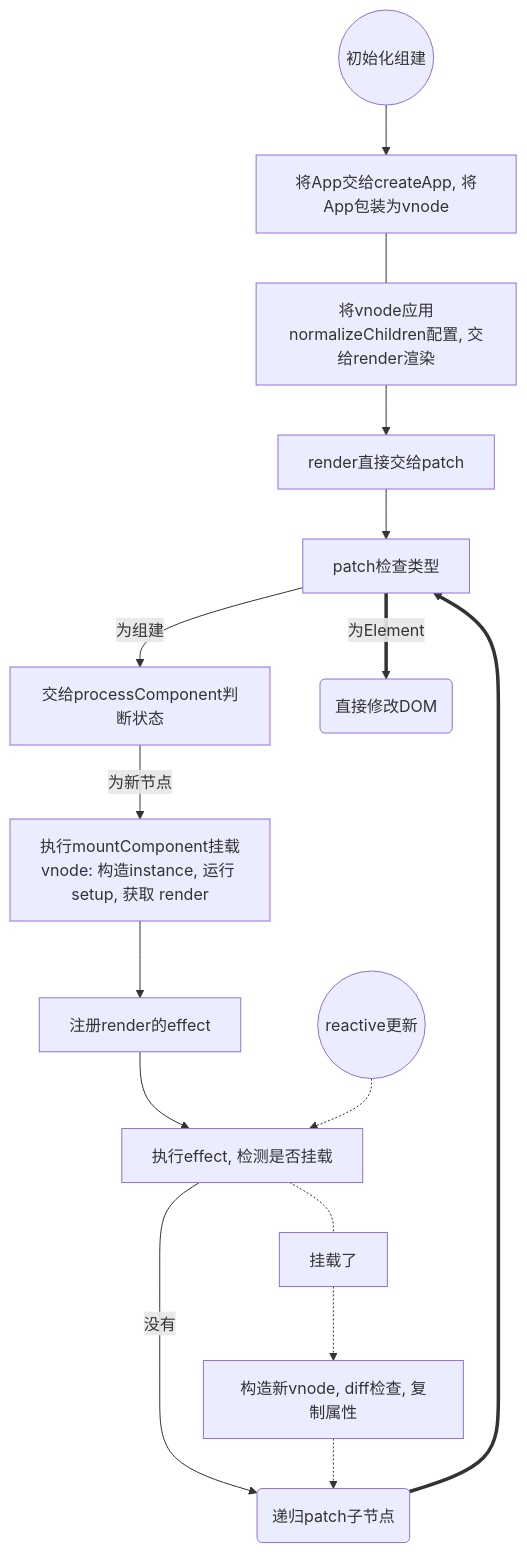
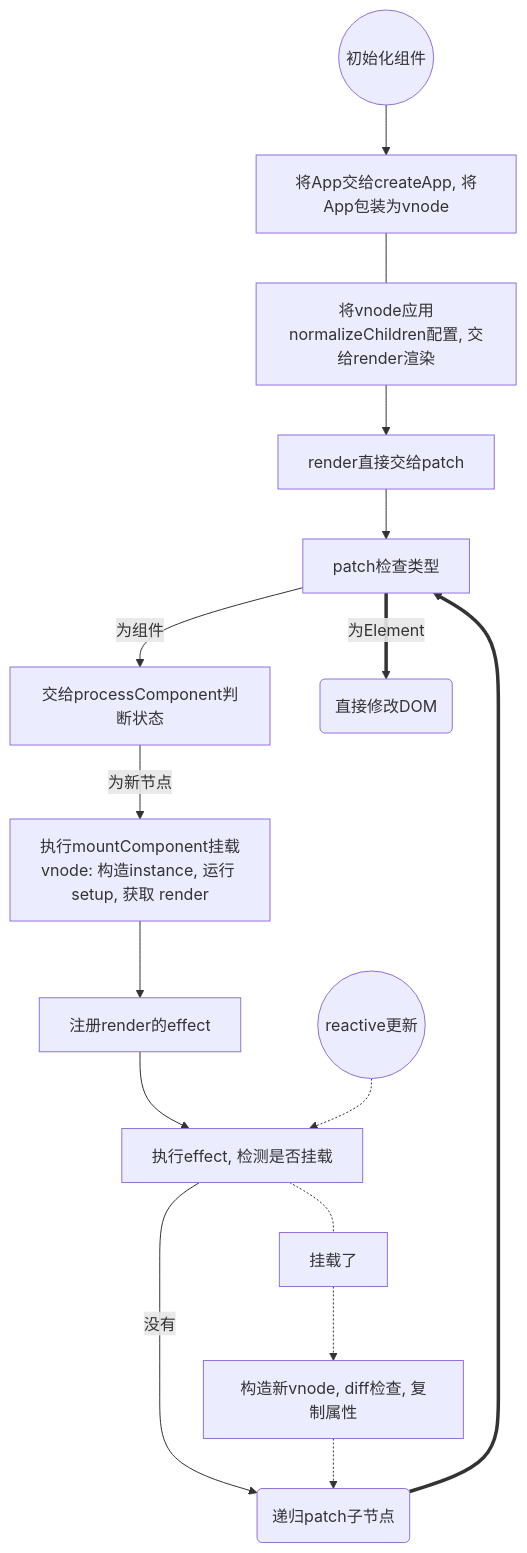
Before and after one commit to KairuiLiu/Micro-Vue: the diagram in doc/notes/01-Overall.md, drawn with Mermaid. The commit also changed other lines of this file and 12 other files, not shown here.

````diff
--- a/doc/notes/01-Overall.md
+++ b/doc/notes/01-Overall.md
@@ -338,9 +338,9 @@
 ```mermaid
 graph TB
 
-init((初始化组建)) --> createAPp[将App交给createApp, 将App包装为vnode] --- norm1[将vnode应用normalizeChildren配置, 交给render渲染]  --> renderdispatch[render直接交给patch] --> check[patch检查类型] --为组建--> processComponent[交给processComponent判断状态] --为新节点--> mountComponent[执行mountComponent挂载vnode: 构造instance, 运行 setup, 获取 render] --> effect[注册render的effect] --> run[执行effect, 检测是否挂载]  --没有--> patch2(递归patch子节点)
+init((初始化组件)) --> createAPp[将App交给createApp, 将App包装为vnode] --- norm1[将vnode应用normalizeChildren配置, 交给render渲染]  --> renderdispatch[render直接交给patch] --> check[patch检查类型] --为组件--> processComponent[交给processComponent判断状态] --为新节点--> mountComponent[执行mountComponent挂载vnode: 构造instance, 运行 setup, 获取 render] --> effect[注册render的effect] --> run[执行effect, 检测是否挂载]  --没有--> patch2(递归patch子节点)
 
 update((reactive更新)) -.-> run[执行effect, 检测是否挂载] -.-挂载了-.-> newvnode[构造新vnode, diff检查, 复制属性] -.-> patch2 ==> check
 
 check ==为Element==> mountDir(直接修改DOM)
 ```
````
